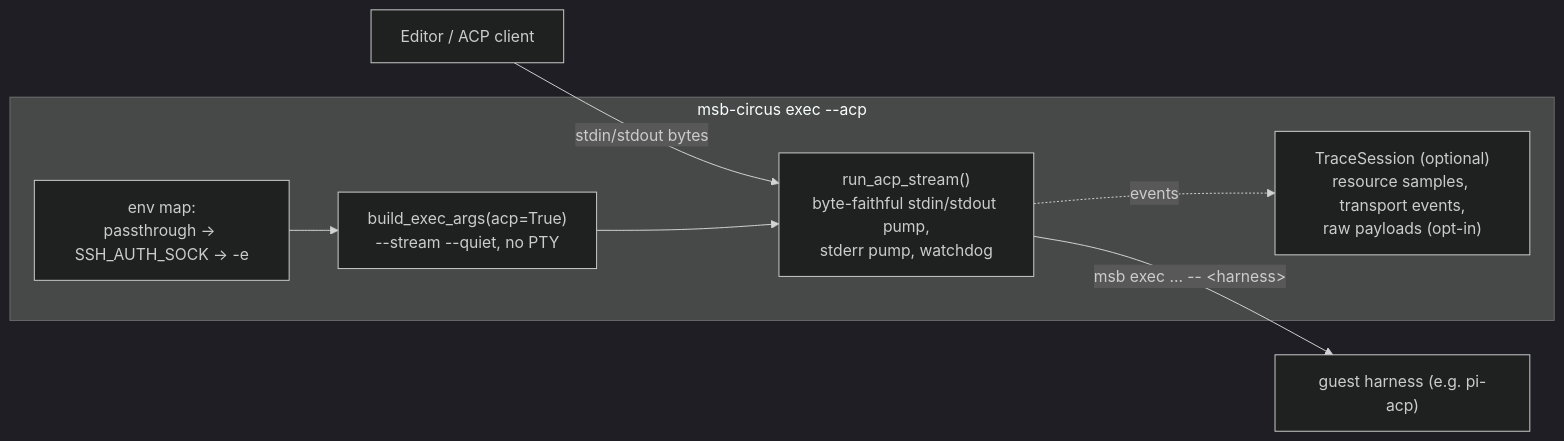
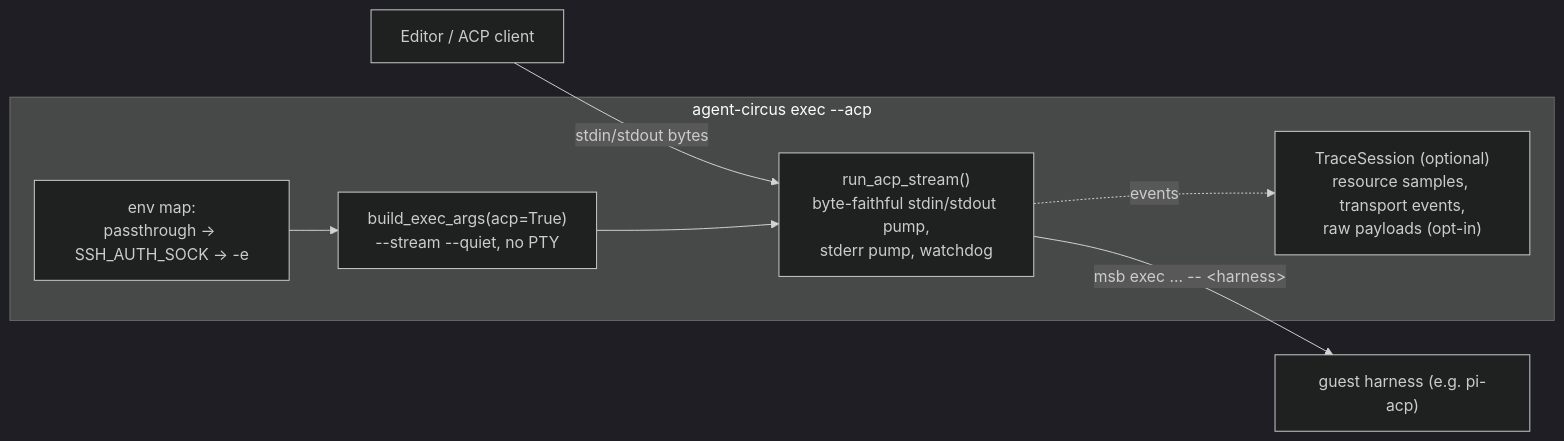
One commit to Embedded-Focus/agent-circus changed the sixth of 6 diagrams in ARCHITECTURE.md. Above: the diagram before and after it, drawn with Mermaid (dark theme). The commit also changed other lines of this file and 4 other files, not shown here.

````diff
--- a/ARCHITECTURE.md
+++ b/ARCHITECTURE.md
@@ -362,13 +298,13 @@
 ```mermaid
 flowchart LR
     ed["Editor / ACP client"] -- stdin/stdout bytes --> pump
-    subgraph mc["msb-circus exec --acp"]
+    subgraph mc["agent-circus exec --acp"]
         env["env map:<br/>passthrough -> SSH_AUTH_SOCK -> -e"]
         argv["build_exec_args(acp=True)<br/>--stream --quiet, no PTY"]
         pump["run_acp_stream()<br/>byte-faithful stdin/stdout pump,<br/>stderr pump, watchdog"]
         trace["TraceSession (optional)<br/>resource samples, transport events,<br/>raw payloads (opt-in)"]
     end
     env --> argv --> pump
     pump -- "msb exec ... -- &lt;harness&gt;" --> guest["guest harness (e.g. pi-acp)"]
     pump -. events .-> trace
 ```
````
